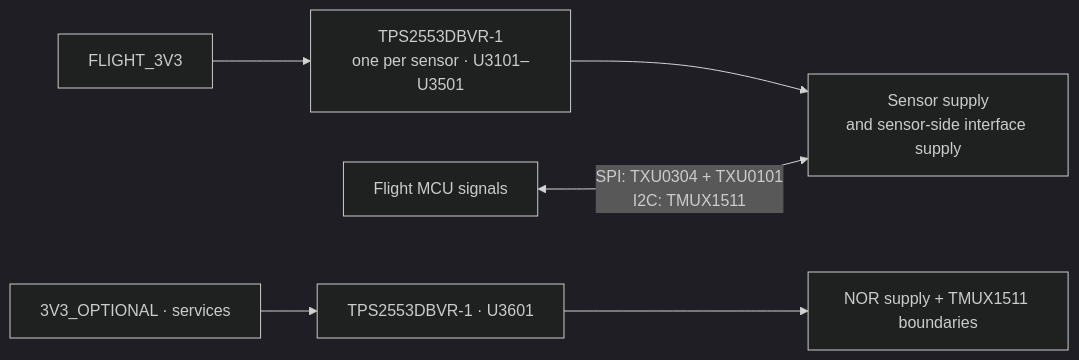
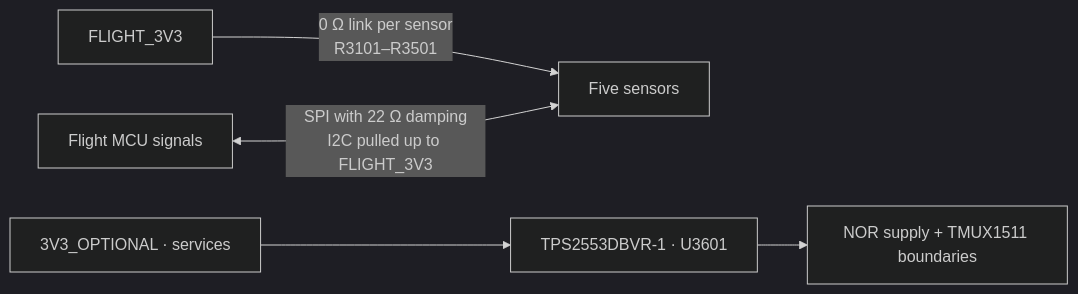
One commit to ULAS-HiPR/Ogma2 changed the second of 2 diagrams in docs/architecture/07-sensors-logging.md. Above: the diagram before and after it, drawn with Mermaid (dark theme). The commit also changed other lines of this file and 25 other files, not shown here.

````diff
--- a/docs/architecture/07-sensors-logging.md
+++ b/docs/architecture/07-sensors-logging.md
@@ -53,11 +53,9 @@
 ```mermaid
 flowchart LR
-  F["FLIGHT_3V3"] --> L["TPS2553DBVR-1
-one per sensor · U3101–U3501"]
-  L --> S["Sensor supply
-and sensor-side interface supply"]
-  M["Flight MCU signals"] <-->|"SPI: TXU0304 + TXU0101
-I2C: TMUX1511"| S
+  F["FLIGHT_3V3"] -->|"0 Ω link per sensor
+R3101–R3501"| S["Five sensors"]
+  M["Flight MCU signals"] <-->|"SPI with 22 Ω damping
+I2C pulled up to FLIGHT_3V3"| S
   P["3V3_OPTIONAL · services"] --> NL["TPS2553DBVR-1 · U3601"]
   NL --> N["NOR supply + TMUX1511 boundaries"]
 ```
````
